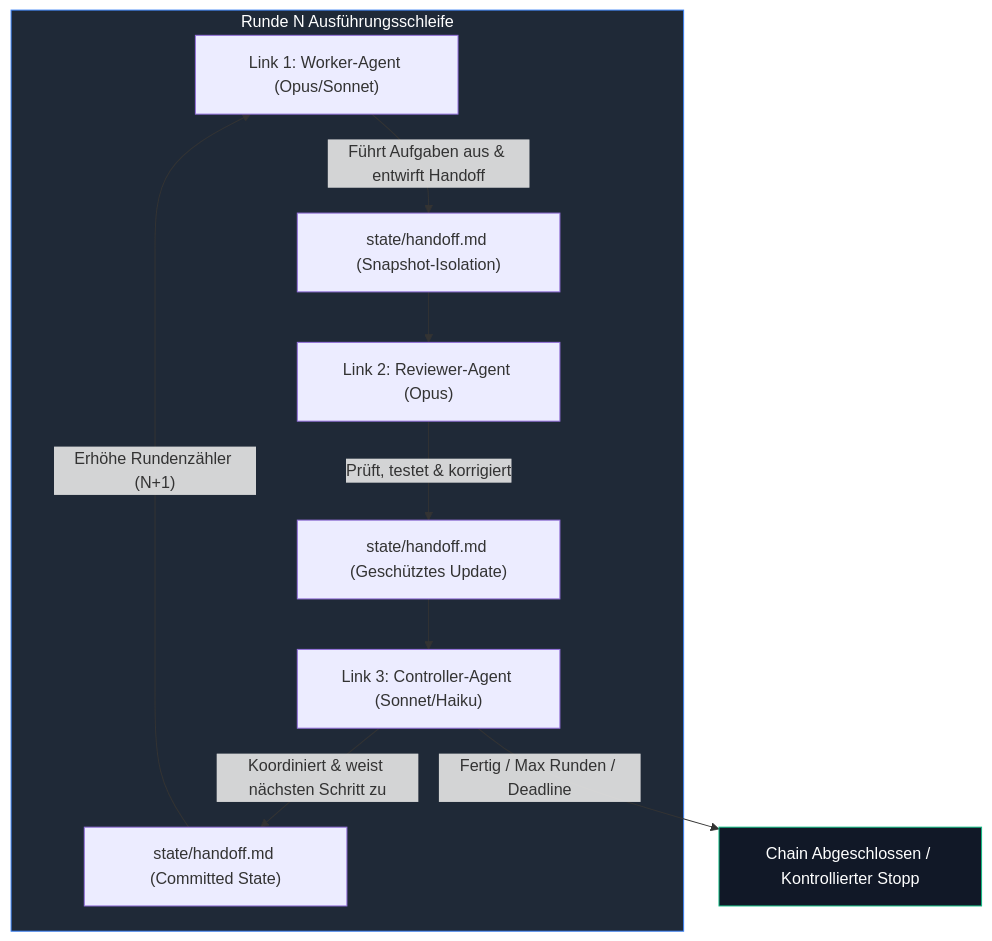
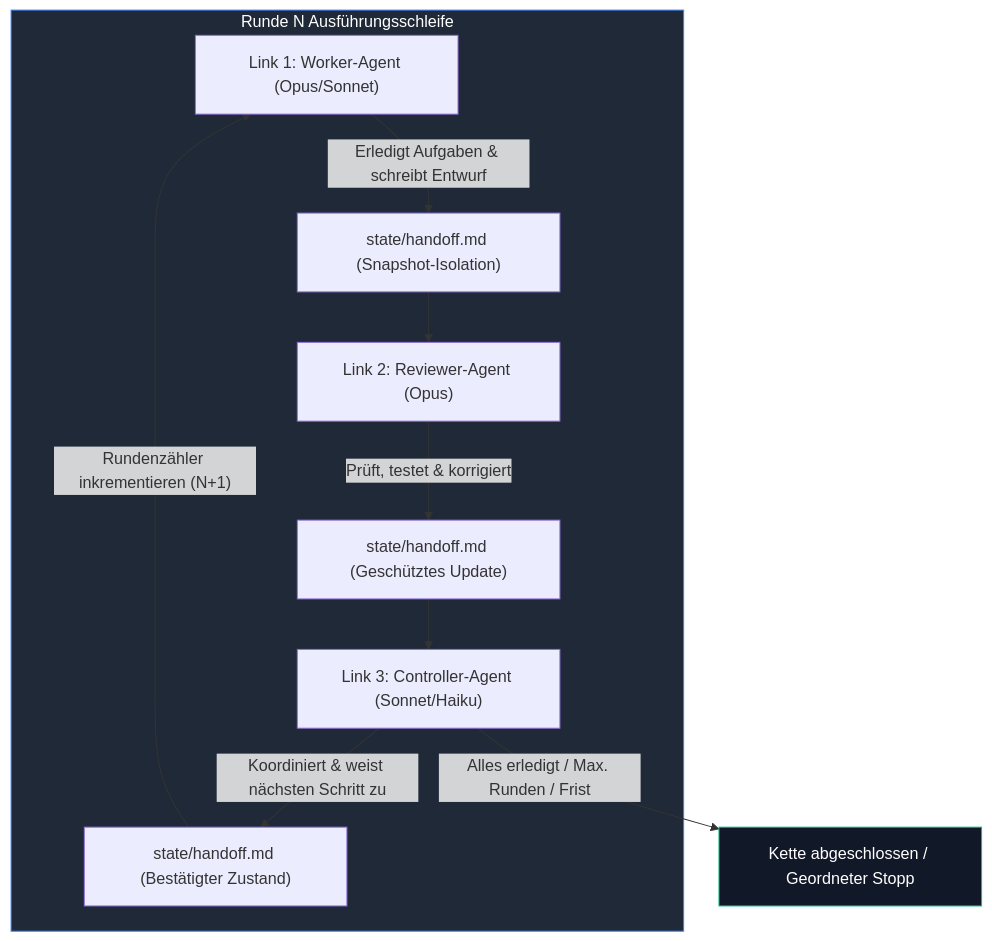
Before and after one commit to ellmos-ai/marblerun: the first of 2 diagrams in README_de.md, drawn with Mermaid. The commit also changed other lines of this file and 9 other files, not shown here.

````diff
--- a/README_de.md
+++ b/README_de.md
@@ -226,15 +105,15 @@
 ```mermaid
 graph TD
     subgraph Round["Runde N Ausführungsschleife"]
-        W["Link 1: Worker-Agent (Opus/Sonnet)"] -->|"Führt Aufgaben aus & entwirft Handoff"| H1["state/handoff.md (Snapshot-Isolation)"]
+        W["Link 1: Worker-Agent (Opus/Sonnet)"] -->|"Erledigt Aufgaben & schreibt Entwurf"| H1["state/handoff.md (Snapshot-Isolation)"]
         H1 --> R["Link 2: Reviewer-Agent (Opus)"]
         R -->|"Prüft, testet & korrigiert"| H2["state/handoff.md (Geschütztes Update)"]
         H2 --> C["Link 3: Controller-Agent (Sonnet/Haiku)"]
-        C -->|"Koordiniert & weist nächsten Schritt zu"| H3["state/handoff.md (Committed State)"]
+        C -->|"Koordiniert & weist nächsten Schritt zu"| H3["state/handoff.md (Bestätigter Zustand)"]
     end
-    H3 -->|"Erhöhe Rundenzähler (N+1)"| W
-    C -->|"Fertig / Max Runden / Deadline"| END["Chain Abgeschlossen / Kontrollierter Stopp"]
+    H3 -->|"Rundenzähler inkrementieren (N+1)"| W
+    C -->|"Alles erledigt / Max. Runden / Frist"| END["Kette abgeschlossen / Geordneter Stopp"]
 
     style Round fill:#1f2937,stroke:#3b82f6,color:#fff
     style END fill:#111827,stroke:#10b981,color:#fff
 ```
````
